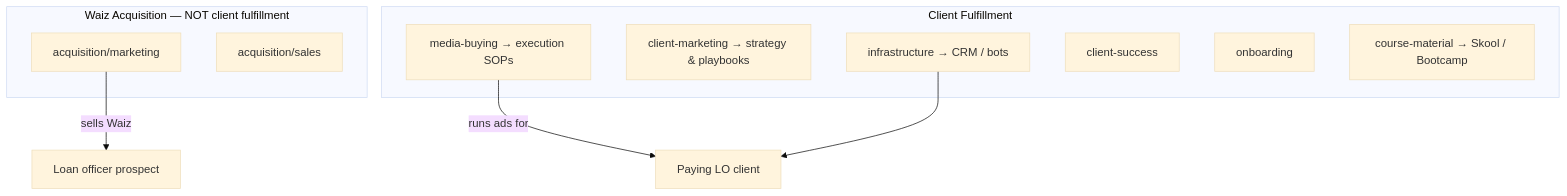
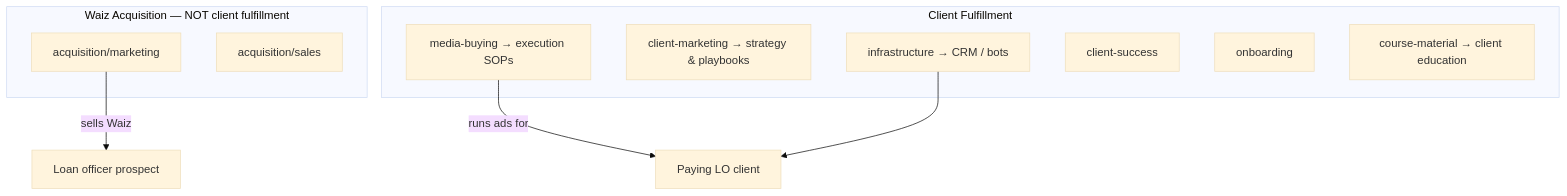
The diagram in docs/client-fulfillment/waiz-vs-client-marketing-boundaries.md (gwadawg/Wm-os), drawn with Mermaid (base theme) before and after one commit. The commit also changed other lines of this file and 26 other files, not shown here.

````diff
--- a/docs/client-fulfillment/waiz-vs-client-marketing-boundaries.md
+++ b/docs/client-fulfillment/waiz-vs-client-marketing-boundaries.md
@@ -39,18 +39,18 @@
 ```mermaid
 flowchart TB
   subgraph acquisition [Waiz Acquisition — NOT client fulfillment]
     AM[acquisition/marketing]
     AS[acquisition/sales]
   end
   subgraph fulfillment [Client Fulfillment]
     INF[infrastructure → CRM / bots]
     CM[client-marketing → strategy & playbooks]
     MB[media-buying → execution SOPs]
     CS[client-success]
     ON[onboarding]
-    CO[course-material → Skool / Bootcamp]
+    CO[course-material → client education]
   end
   AM -->|"sells Waiz"| LO[Loan officer prospect]
   MB -->|"runs ads for"| CLIENT[Paying LO client]
   INF --> CLIENT
 ```
````
